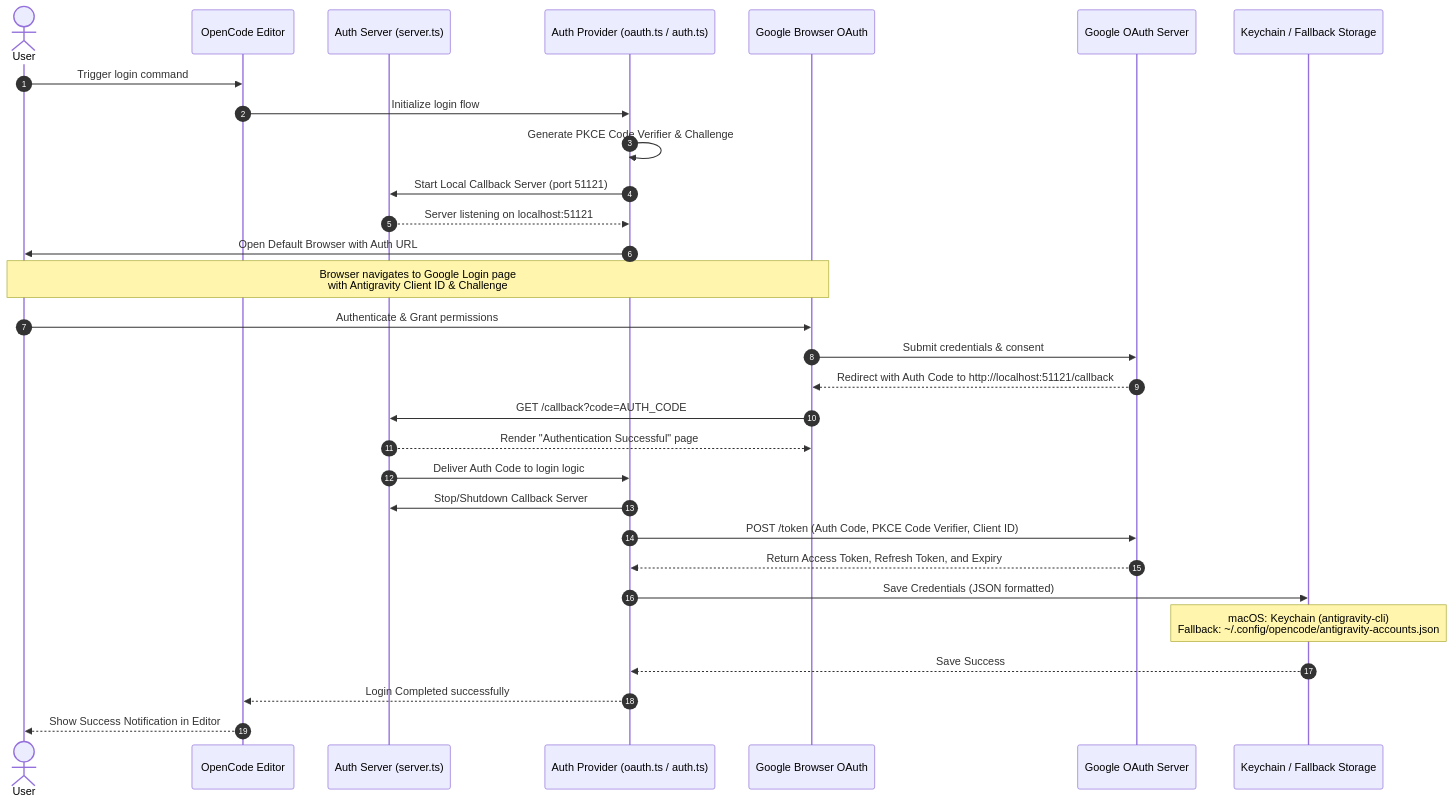
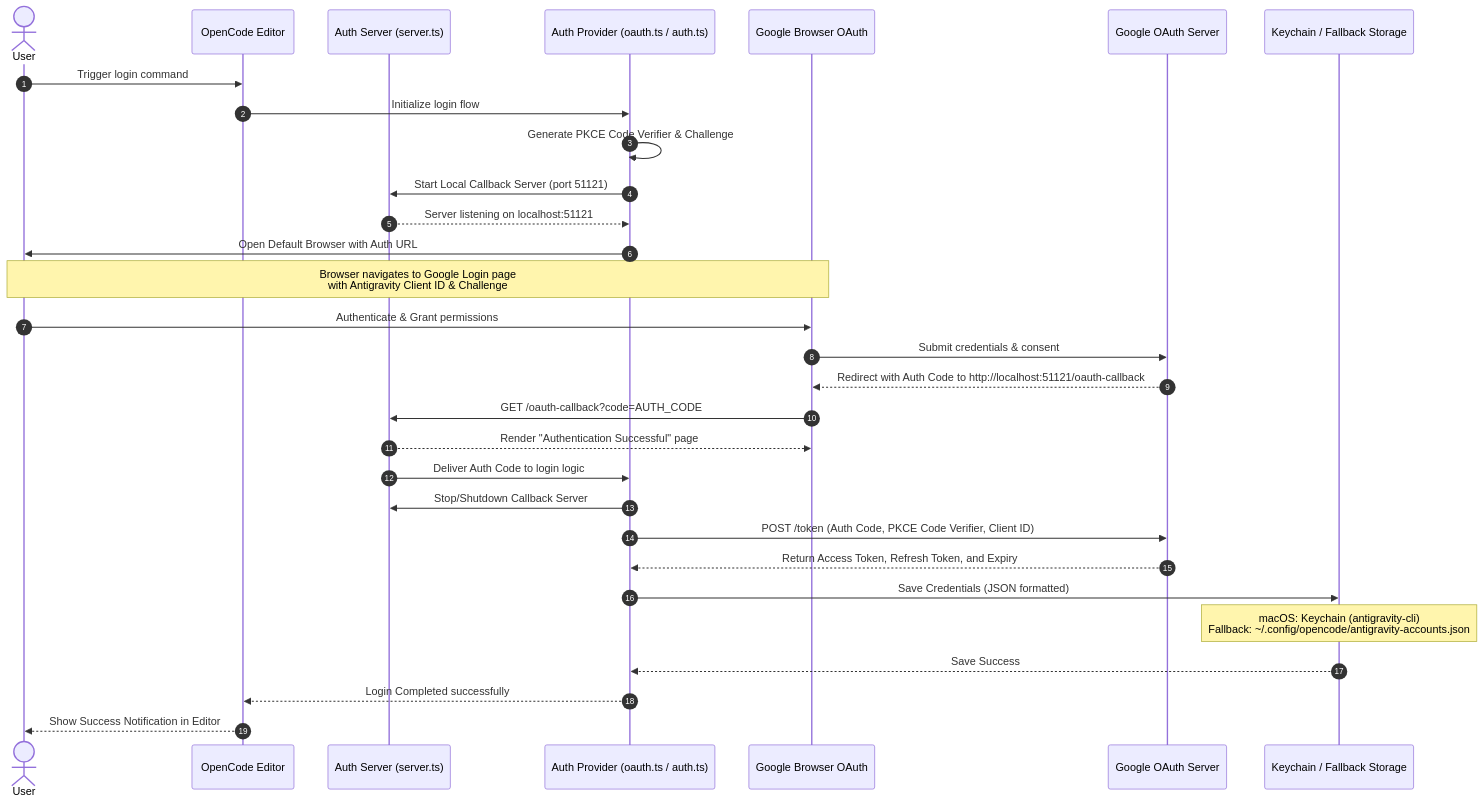
One commit to minhgv/agy-auth-oc changed the first of 2 diagrams in README.md. Above: the diagram before and after it, drawn with Mermaid. The commit also changed other lines of this file, not shown here.

Commit message:
Docs: update README with Bun/npm quick setup one-liners and fix redirect callback paths

````diff
--- a/README.md
+++ b/README.md
@@ -183,38 +205,38 @@
 ```mermaid
 sequenceDiagram
     autonumber
     actor User
     participant OC as OpenCode Editor
     participant AS as Auth Server (server.ts)
     participant AP as Auth Provider (oauth.ts / auth.ts)
     participant GB as Google Browser OAuth
     participant GS as Google OAuth Server
     participant KC as Keychain / Fallback Storage
 
     User->>OC: Trigger login command
     OC->>AP: Initialize login flow
     AP->>AP: Generate PKCE Code Verifier & Challenge
     AP->>AS: Start Local Callback Server (port 51121)
     AS-->>AP: Server listening on localhost:51121
     
     AP->>User: Open Default Browser with Auth URL
     Note over User,GB: Browser navigates to Google Login page<br/>with Antigravity Client ID & Challenge
     User->>GB: Authenticate & Grant permissions
     GB->>GS: Submit credentials & consent
-    GS-->>GB: Redirect with Auth Code to http://localhost:51121/callback
+    GS-->>GB: Redirect with Auth Code to http://localhost:51121/oauth-callback
     
-    GB->>AS: GET /callback?code=AUTH_CODE
+    GB->>AS: GET /oauth-callback?code=AUTH_CODE
     AS-->>GB: Render "Authentication Successful" page
     AS->>AP: Deliver Auth Code to login logic
     AP->>AS: Stop/Shutdown Callback Server
     
     AP->>GS: POST /token (Auth Code, PKCE Code Verifier, Client ID)
     GS-->>AP: Return Access Token, Refresh Token, and Expiry
     
     AP->>KC: Save Credentials (JSON formatted)
     Note over KC: macOS: Keychain (antigravity-cli)<br/>Fallback: ~/.config/opencode/antigravity-accounts.json
     KC-->>AP: Save Success
     
     AP-->>OC: Login Completed successfully
     OC-->>User: Show Success Notification in Editor
 ```
````
